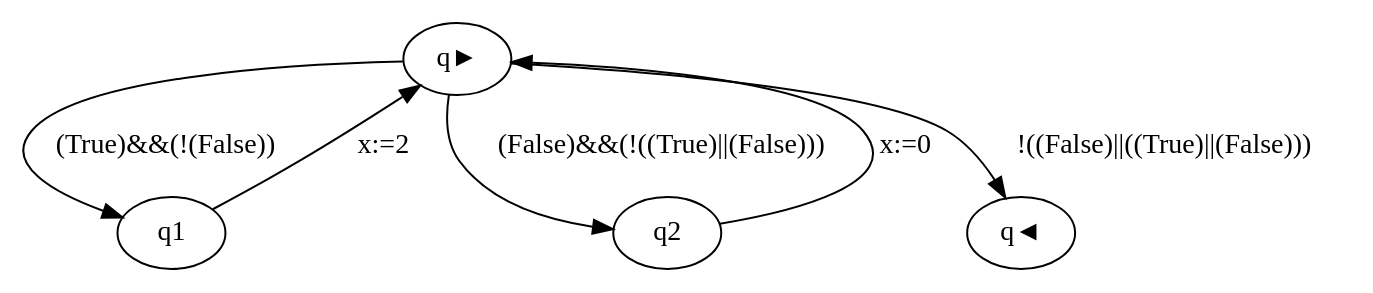
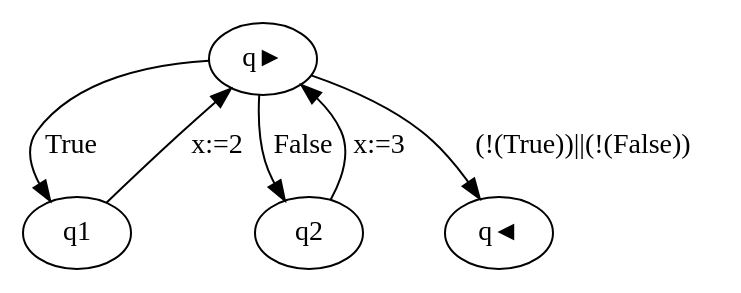
The diagram in graph.dot (JepMik/GCL-Build-Analyse-Tool), drawn with Graphviz before and after one commit. The commit also changed 10 other files, not shown here.

```diff
--- a/graph.dot
+++ b/graph.dot
@@ -1,7 +1,7 @@
 strict digraph {
-q► -> q1[label="(True)&&(!(False))"];
+q► -> q1[label="True"];
 q1 -> q►[label="x:=2"];
-q► -> q2[label="(False)&&(!((True)||(False)))"];
-q2 -> q►[label="x:=0"];
-q► -> q◄[label="!((False)||((True)||(False)))"];
+q► -> q2[label="False"];
+q2 -> q►[label="x:=3"];
+q► -> q◄[label="(!(True))||(!(False))"];
 }
```
